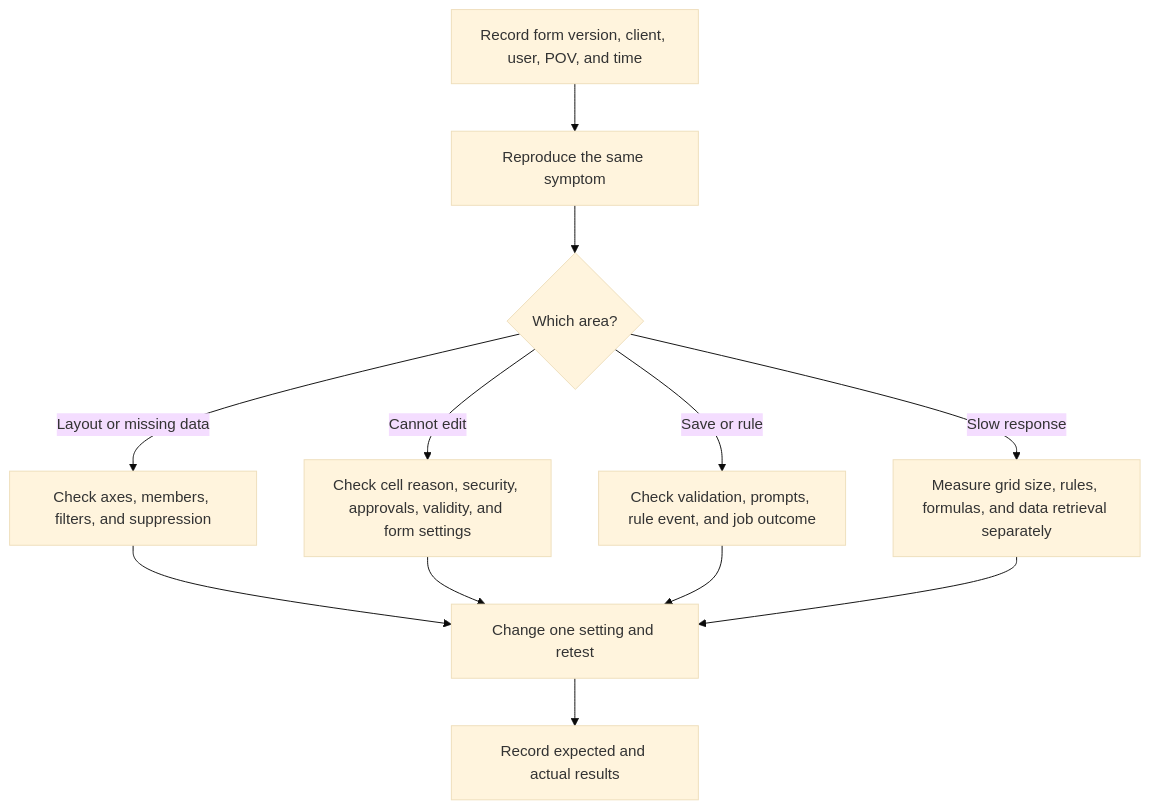
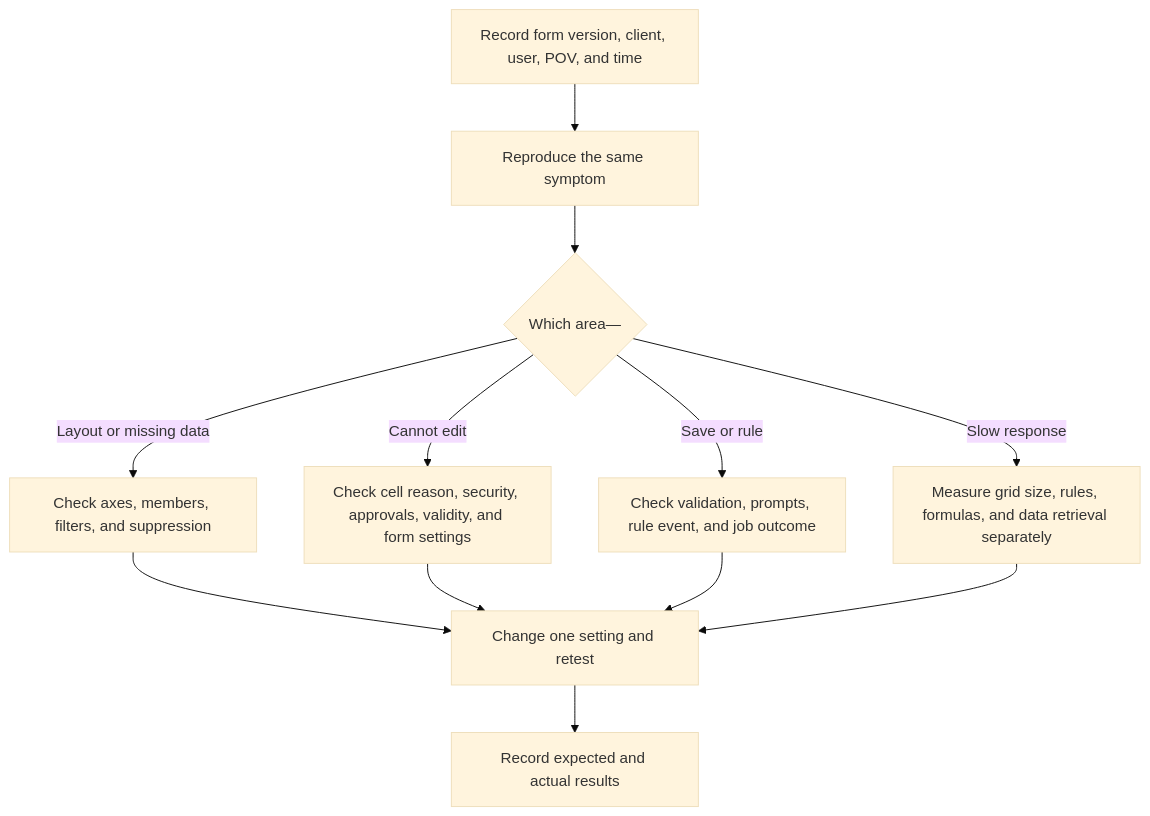
The diagram in Oracle_EPM_Source_Archive/08_Forms/06_Troubleshooting_Performance_and_Design_Patterns.md (Bhargav-khetiya/Oracle-EPM), drawn with Mermaid (base theme) before and after one commit. The commit also changed other lines of this file and 1308 other files, not shown here.

```diff
--- a/Oracle_EPM_Source_Archive/08_Forms/06_Troubleshooting_Performance_and_Design_Patterns.md
+++ b/Oracle_EPM_Source_Archive/08_Forms/06_Troubleshooting_Performance_and_Design_Patterns.md
@@ -9,14 +9,14 @@
 ~~~mermaid
 flowchart TD
  A[Record form version, client, user, POV, and time] --> B[Reproduce the same symptom]
- B --> C{Which area?}
+ B --> C{Which area—}
  C -->|Layout or missing data| D[Check axes, members, filters, and suppression]
  C -->|Cannot edit| E[Check cell reason, security, approvals, validity, and form settings]
  C -->|Save or rule| F[Check validation, prompts, rule event, and job outcome]
  C -->|Slow response| G[Measure grid size, rules, formulas, and data retrieval separately]
  D --> H[Change one setting and retest]
  E --> H
  F --> H
  G --> H
  H --> I[Record expected and actual results]
 ~~~
```
